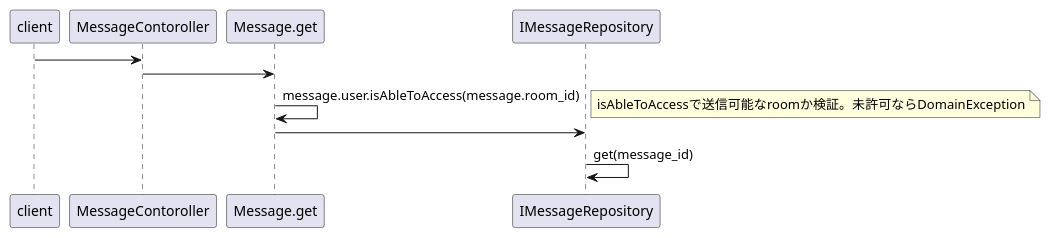
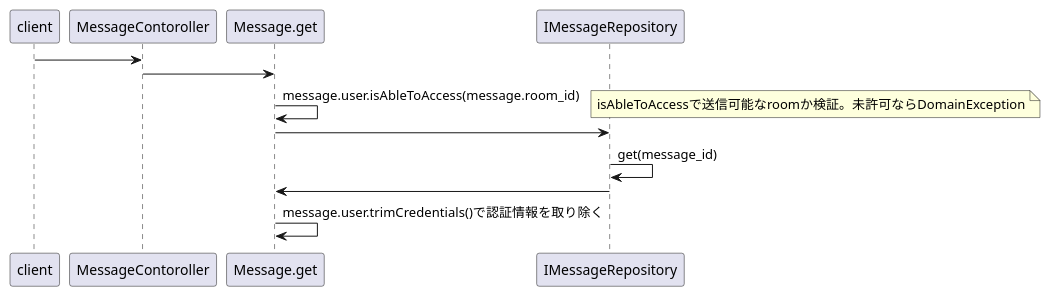
One commit to TOnodera/chatterman changed the diagram in documents/plantUML/シーケンス図/メッセージ取得.wsd. Above: the diagram before and after it, drawn with PlantUML. The commit also changed 8 other files, not shown here.

```diff
--- a/documents/plantUML/シーケンス図/メッセージ取得.wsd
+++ b/documents/plantUML/シーケンス図/メッセージ取得.wsd
@@ -1,8 +1,10 @@
 @startuml
 client -> MessageContoroller
 MessageContoroller -> Message.get
 Message.get -> Message.get:message.user.isAbleToAccess(message.room_id)
 note right:isAbleToAccessで送信可能なroomか検証。未許可ならDomainException
 Message.get -> IMessageRepository
 IMessageRepository -> IMessageRepository:get(message_id)
+IMessageRepository -> Message.get
+Message.get -> Message.get: message.user.trimCredentials()で認証情報を取り除く
 @enduml
```
